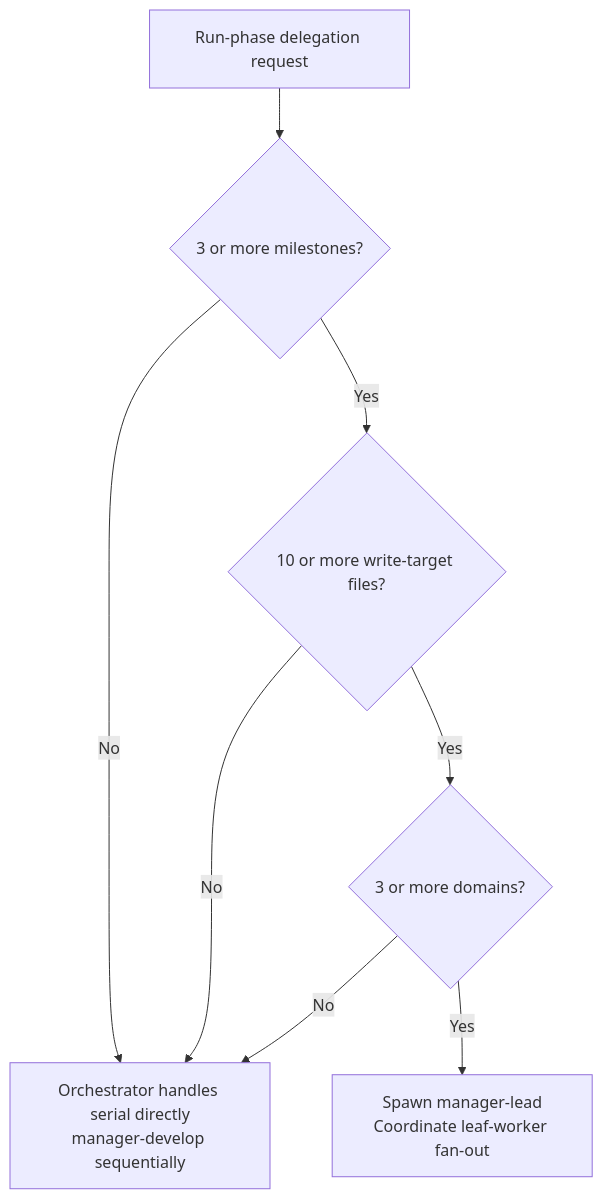
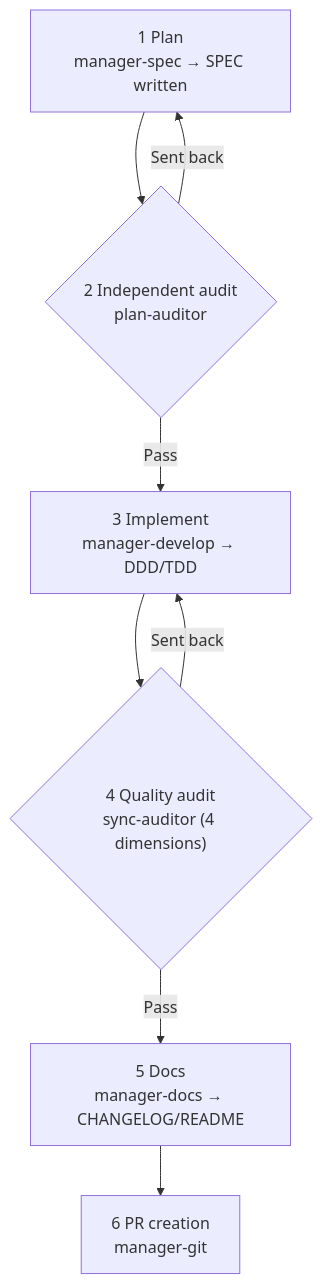
Before and after one commit to modu-ai/moai-adk: the third of 4 diagrams in docs-site/content/en/advanced/agent-guide.md, drawn with Mermaid. The commit also changed other lines of this file and 2 other files, not shown here.

First line of the commit message:
docs(SPEC-DOCS-HEADING-PARITY-001): M4 agent-guide fold 30→22 to ko structure (card t1328)

````diff
--- a/docs-site/content/en/advanced/agent-guide.md
+++ b/docs-site/content/en/advanced/agent-guide.md
@@ -149,10 +151,10 @@
 ```mermaid
 flowchart TD
-    START["Run-phase delegation request"] --> Q1{"3 or more milestones?"}
-    Q1 -->|"No"| MODE5["Orchestrator handles serial directly<br>manager-develop sequentially"]
-    Q1 -->|"Yes"| Q2{"10 or more write-target files?"}
-    Q2 -->|"No"| MODE5
-    Q2 -->|"Yes"| Q3{"3 or more domains?"}
-    Q3 -->|"No"| MODE5
-    Q3 -->|"Yes"| LEAD["Spawn manager-lead<br>Coordinate leaf-worker fan-out"]
+    PLAN["1 Plan<br>manager-spec → SPEC written"] --> A1{"2 Independent audit<br>plan-auditor"}
+    A1 -->|"Sent back"| PLAN
+    A1 -->|"Pass"| RUN["3 Implement<br>manager-develop → DDD/TDD"]
+    RUN --> A2{"4 Quality audit<br>sync-auditor (4 dimensions)"}
+    A2 -->|"Sent back"| RUN
+    A2 -->|"Pass"| SYNC["5 Docs<br>manager-docs → CHANGELOG/README"]
+    SYNC --> PR["6 PR creation<br>manager-git"]
 ```
````
